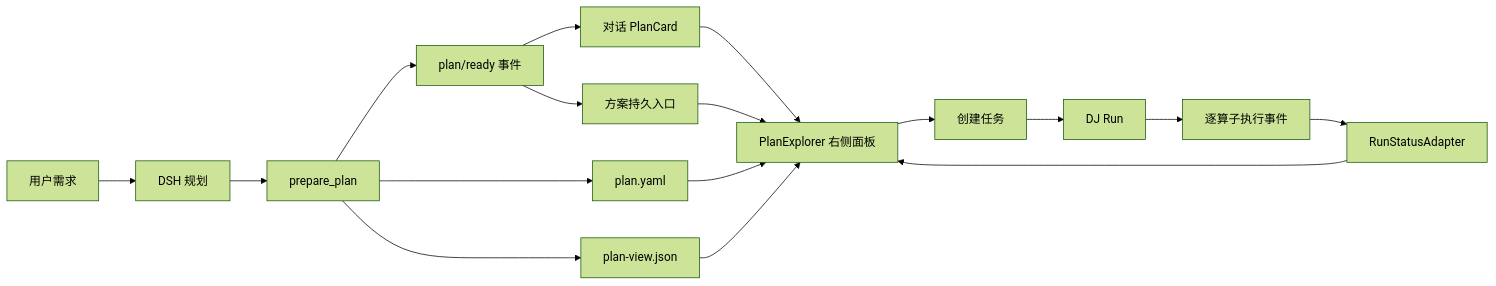
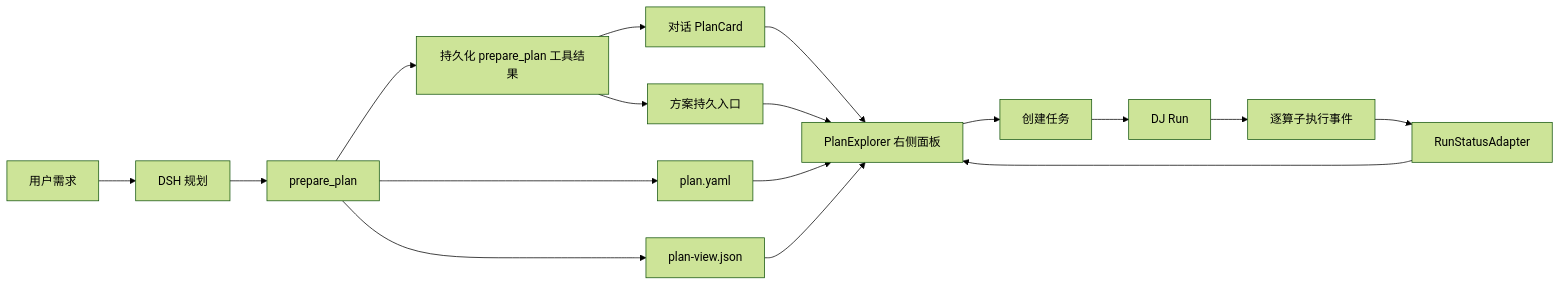
One commit to q499439909/dsh-app changed the diagram in docs/architecture/dsh-dj-plan-explorer.zh-CN.md. Above: the diagram before and after it, drawn with Mermaid (forest theme). The commit also changed other lines of this file and 10 other files, not shown here.

````diff
--- a/docs/architecture/dsh-dj-plan-explorer.zh-CN.md
+++ b/docs/architecture/dsh-dj-plan-explorer.zh-CN.md
@@ -60,19 +60,19 @@
 ```mermaid
 flowchart LR
     U[用户需求] --> D[DSH 规划]
     D --> P[prepare_plan]
     P --> PY[plan.yaml]
     P --> PV[plan-view.json]
-    P --> E[plan/ready 事件]
+    P --> E[持久化 prepare_plan 工具结果]
     E --> C[对话 PlanCard]
     E --> L[方案持久入口]
     C --> X[PlanExplorer 右侧面板]
     L --> X
     PY --> X
     PV --> X
     X --> A[创建任务]
     A --> R[DJ Run]
     R --> RE[逐算子执行事件]
     RE --> S[RunStatusAdapter]
     S --> X
 ```
````
